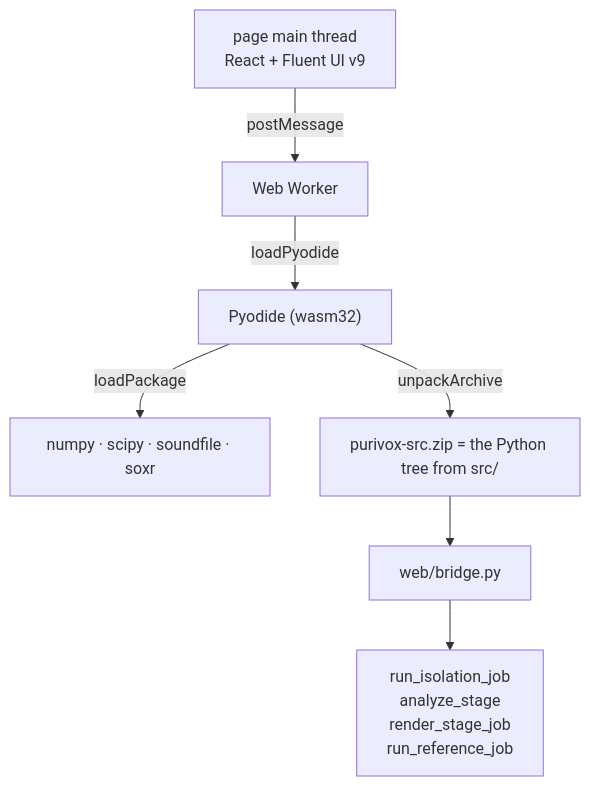
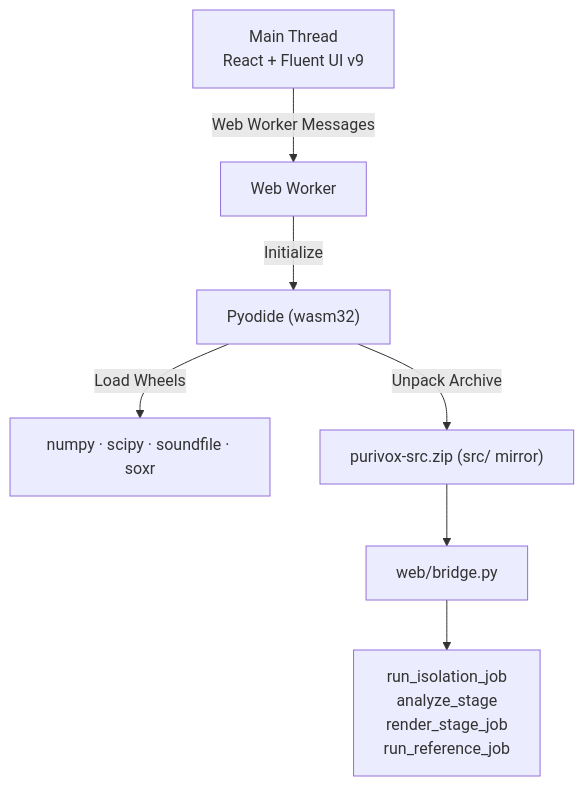
Before and after one commit to ChouChiu/Purivox: the diagram in docs/en/web.md, drawn with Mermaid. The commit also changed other lines of this file and 15 other files, not shown here.

````diff
--- a/docs/en/web.md
+++ b/docs/en/web.md
@@ -25,9 +22,9 @@
 ```mermaid
 flowchart TD
-    ui["page main thread<br/>React + Fluent UI v9"] -->|postMessage| worker["Web Worker"]
-    worker -->|loadPyodide| pyodide["Pyodide (wasm32)"]
-    pyodide -->|loadPackage| deps["numpy · scipy · soundfile · soxr"]
-    pyodide -->|unpackArchive| sources["purivox-src.zip = the Python tree from src/"]
+    ui["Main Thread<br/>React + Fluent UI v9"] -->|Web Worker Messages| worker["Web Worker"]
+    worker -->|Initialize| pyodide["Pyodide (wasm32)"]
+    pyodide -->|Load Wheels| deps["numpy · scipy · soundfile · soxr"]
+    pyodide -->|Unpack Archive| sources["purivox-src.zip (src/ mirror)"]
     sources --> bridge["web/bridge.py"]
     bridge --> pipelines["run_isolation_job<br/>analyze_stage<br/>render_stage_job<br/>run_reference_job"]
 ```
````
